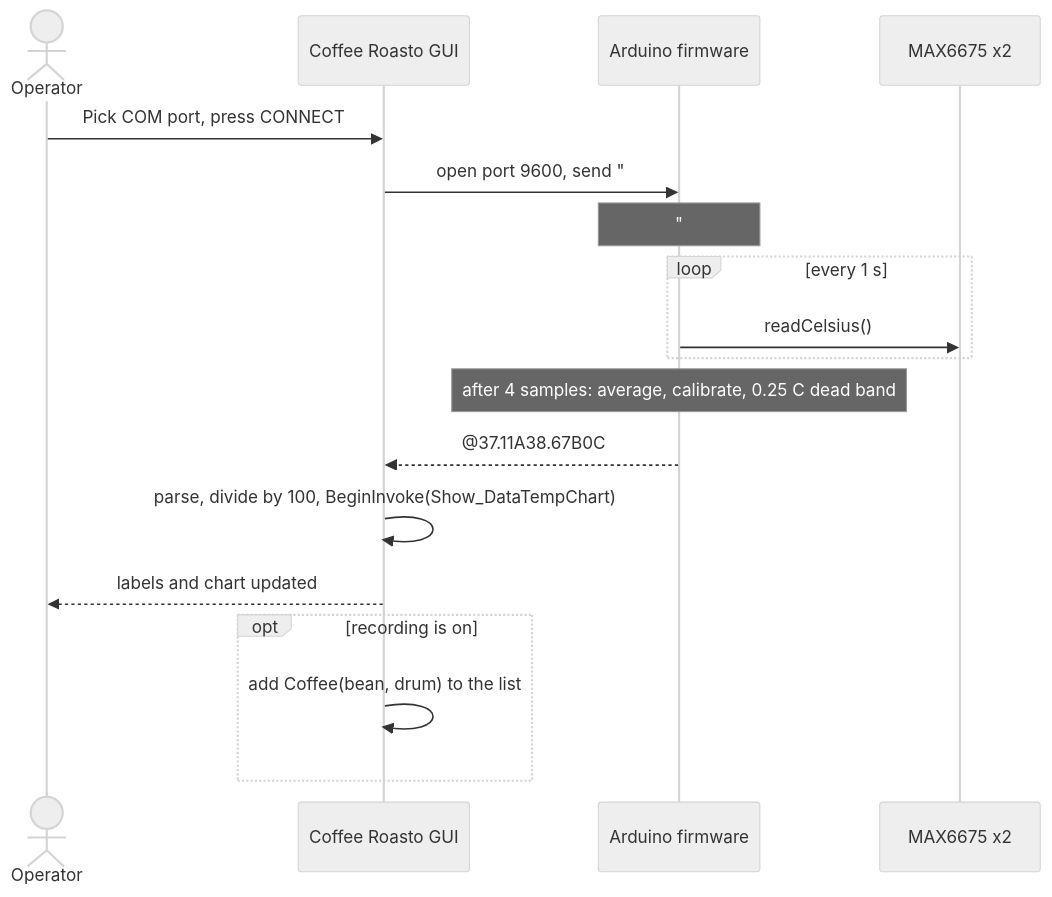
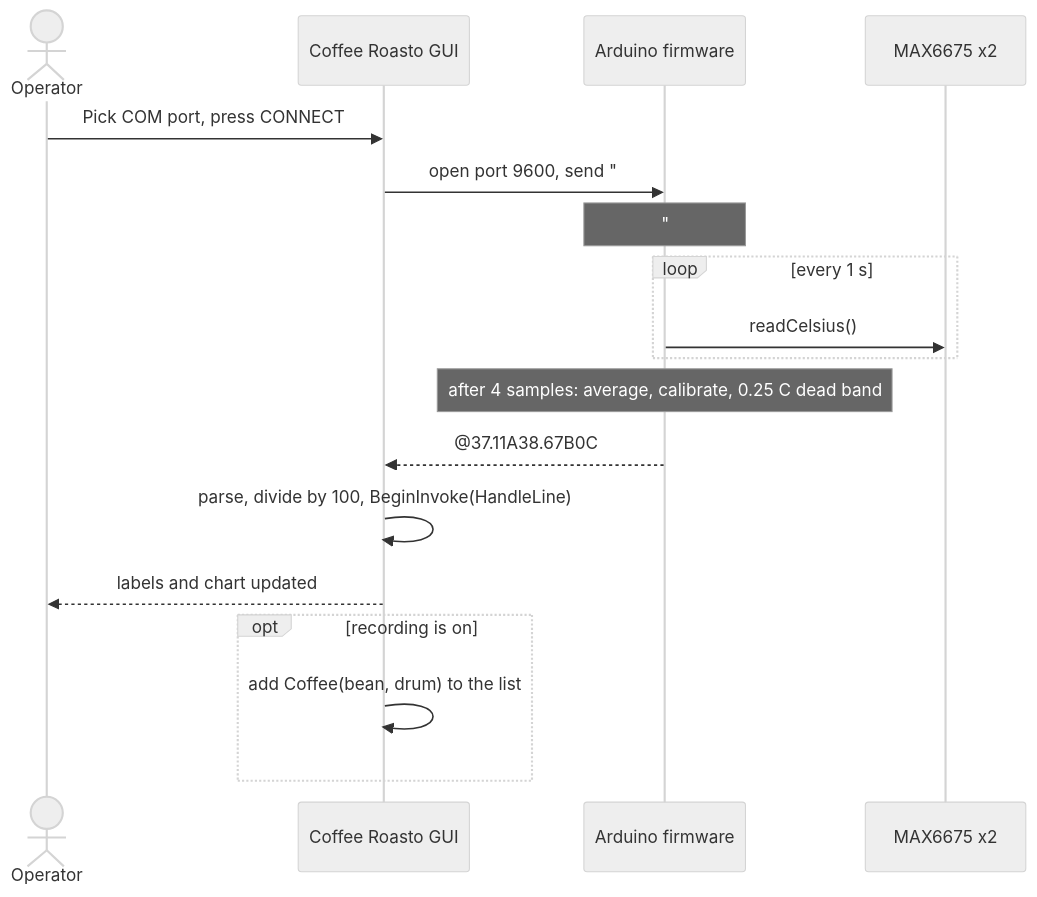
One commit to ridhwanhabib18/capstone-coffee-roasto changed the third of 5 diagrams in docs/en/system-design.md. Above: the diagram before and after it, drawn with Mermaid (neutral theme). The commit also changed other lines of this file and 27 other files, not shown here.

````diff
--- a/docs/en/system-design.md
+++ b/docs/en/system-design.md
@@ -95,22 +114,22 @@
 ```mermaid
 %% Source: diagrams/sequences/telemetry.mmd
 sequenceDiagram
   actor Op as Operator
   participant GUI as Coffee Roasto GUI
   participant FW as Arduino firmware
   participant TC as MAX6675 x2
 
   Op->>GUI: Pick COM port, press CONNECT
   GUI->>FW: open port 9600, send "#"
   Note over FW: "#" is not a command, so it is read as set point 0 (clears old state)
   loop every 1 s
     FW->>TC: readCelsius()
   end
   Note over FW: after 4 samples: average, calibrate, 0.25 C dead band
   FW-->>GUI: @37.11A38.67B0C
-  GUI->>GUI: parse, divide by 100, BeginInvoke(Show_DataTempChart)
+  GUI->>GUI: parse, divide by 100, BeginInvoke(HandleLine)
   GUI-->>Op: labels and chart updated
   opt recording is on
     GUI->>GUI: add Coffee(bean, drum) to the list
   end
 ```
````
